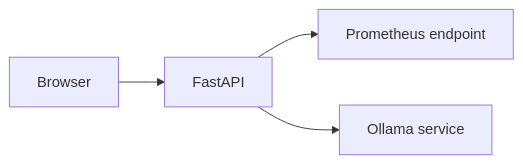
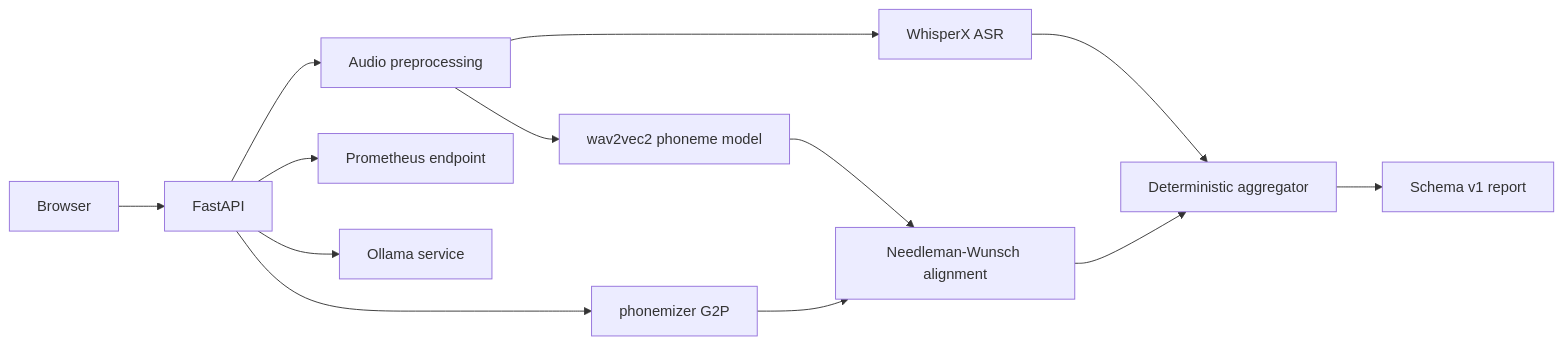
The diagram in docs/architecture.md (mahmoud-nasif/Language-Tutor), drawn with Mermaid before and after one commit. The commit also changed other lines of this file and 5 other files, not shown here.

````diff
--- a/docs/architecture.md
+++ b/docs/architecture.md
@@ -5,6 +5,15 @@
 ```mermaid
 flowchart LR
     Browser --> API[FastAPI]
+    API --> Preprocess[Audio preprocessing]
+    Preprocess --> ASR[WhisperX ASR]
+    Preprocess --> Phoneme[wav2vec2 phoneme model]
+    API --> G2P[phonemizer G2P]
+    ASR --> Aggregate[Deterministic aggregator]
+    Phoneme --> Align[Needleman-Wunsch alignment]
+    G2P --> Align
+    Align --> Aggregate
+    Aggregate --> Report[Schema v1 report]
     API --> Metrics[Prometheus endpoint]
     API --> LLM[Ollama service]
 ```
````
